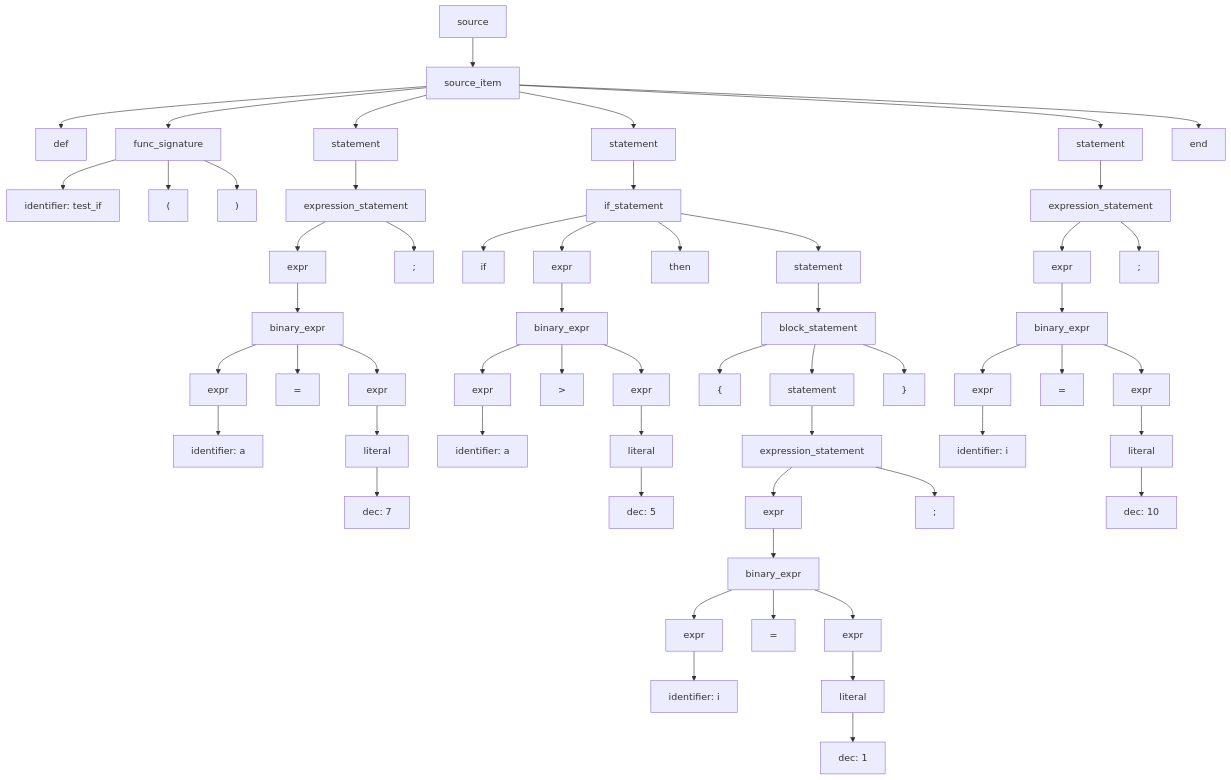
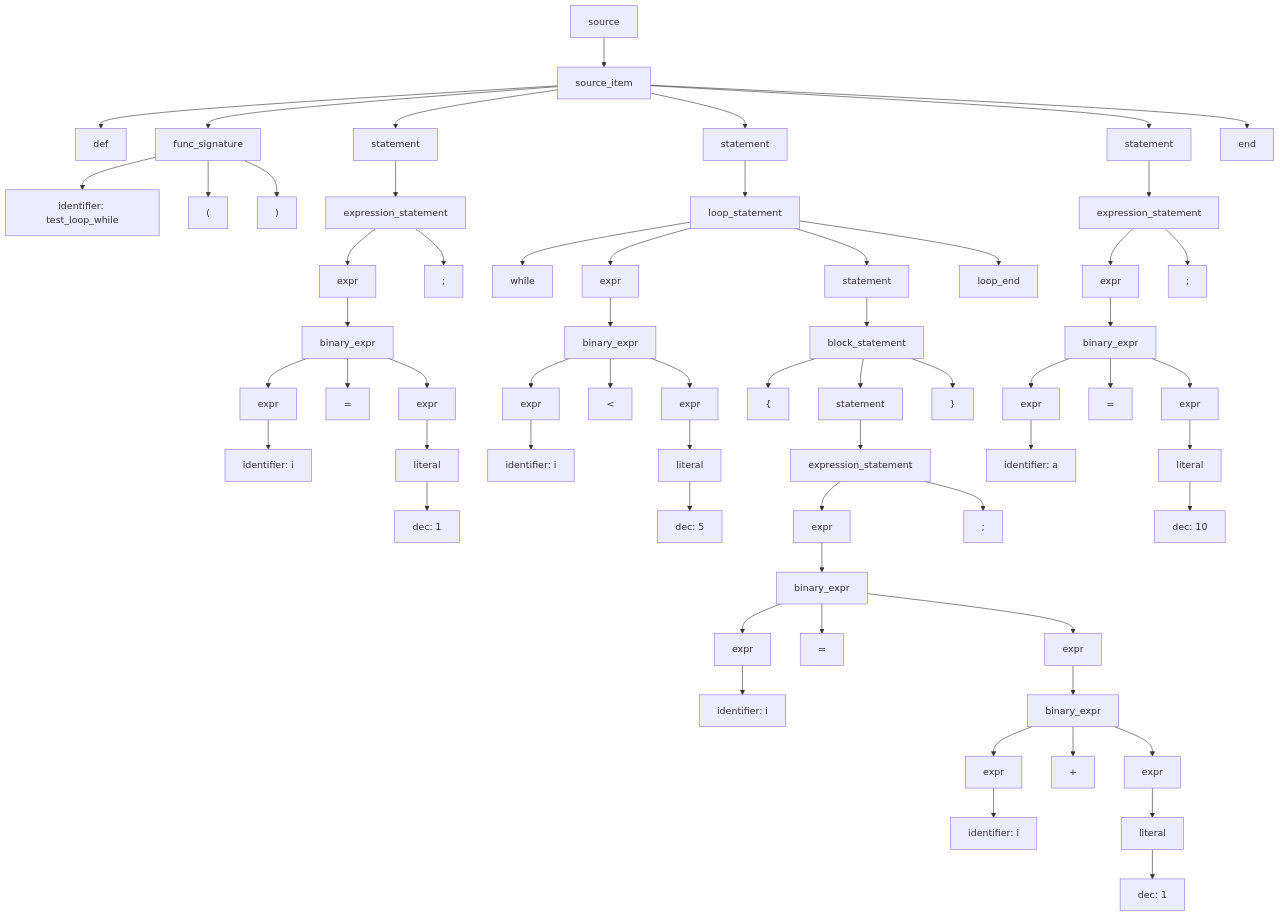
One commit to ErnandesDaniel/system-software-lab-2 changed the diagram in ast.mmd. Above: the diagram before and after it, drawn with Mermaid. The commit also changed 6 other files, not shown here.

```diff
--- a/ast.mmd
+++ b/ast.mmd
@@ -1,114 +1,124 @@
 graph TD;
 N0["source"]
 N1["source_item"]
 N0 --> N1
 N2["def"]
 N1 --> N2
 N3["func_signature"]
 N1 --> N3
-N4["identifier: test_if"]
+N4["identifier: test_loop_while"]
 N3 --> N4
 N5["("]
 N3 --> N5
 N6[")"]
 N3 --> N6
 N7["statement"]
 N1 --> N7
 N8["expression_statement"]
 N7 --> N8
 N9["expr"]
 N8 --> N9
 N10["binary_expr"]
 N9 --> N10
 N11["expr"]
 N10 --> N11
-N12["identifier: a"]
+N12["identifier: i"]
 N11 --> N12
 N13["="]
 N10 --> N13
 N14["expr"]
 N10 --> N14
 N15["literal"]
 N14 --> N15
-N16["dec: 7"]
+N16["dec: 1"]
 N15 --> N16
 N17[";"]
 N8 --> N17
 N18["statement"]
 N1 --> N18
-N19["if_statement"]
+N19["loop_statement"]
 N18 --> N19
-N20["if"]
+N20["while"]
 N19 --> N20
 N21["expr"]
 N19 --> N21
 N22["binary_expr"]
 N21 --> N22
 N23["expr"]
 N22 --> N23
-N24["identifier: a"]
+N24["identifier: i"]
 N23 --> N24
-N25[">"]
+N25["<"]
 N22 --> N25
 N26["expr"]
 N22 --> N26
 N27["literal"]
 N26 --> N27
 N28["dec: 5"]
 N27 --> N28
-N29["then"]
+N29["statement"]
 N19 --> N29
-N30["statement"]
-N19 --> N30
-N31["block_statement"]
+N30["block_statement"]
+N29 --> N30
+N31["{"]
 N30 --> N31
-N32["{"]
-N31 --> N32
-N33["statement"]
-N31 --> N33
-N34["expression_statement"]
+N32["statement"]
+N30 --> N32
+N33["expression_statement"]
+N32 --> N33
+N34["expr"]
 N33 --> N34
-N35["expr"]
+N35["binary_expr"]
 N34 --> N35
-N36["binary_expr"]
+N36["expr"]
 N35 --> N36
-N37["expr"]
+N37["identifier: i"]
 N36 --> N37
-N38["identifier: i"]
-N37 --> N38
-N39["="]
-N36 --> N39
-N40["expr"]
-N36 --> N40
-N41["literal"]
+N38["="]
+N35 --> N38
+N39["expr"]
+N35 --> N39
+N40["binary_expr"]
+N39 --> N40
+N41["expr"]
 N40 --> N41
-N42["dec: 1"]
+N42["identifier: i"]
 N41 --> N42
-N43[";"]
-N34 --> N43
-N44["}"]
-N31 --> N44
-N45["statement"]
-N1 --> N45
-N46["expression_statement"]
+N43["+"]
+N40 --> N43
+N44["expr"]
+N40 --> N44
+N45["literal"]
+N44 --> N45
+N46["dec: 1"]
 N45 --> N46
-N47["expr"]
-N46 --> N47
-N48["binary_expr"]
-N47 --> N48
-N49["expr"]
-N48 --> N49
-N50["identifier: i"]
-N49 --> N50
-N51["="]
-N48 --> N51
+N47[";"]
+N33 --> N47
+N48["}"]
+N30 --> N48
+N49["loop_end"]
+N19 --> N49
+N50["statement"]
+N1 --> N50
+N51["expression_statement"]
+N50 --> N51
 N52["expr"]
-N48 --> N52
-N53["literal"]
+N51 --> N52
+N53["binary_expr"]
 N52 --> N53
-N54["dec: 10"]
+N54["expr"]
 N53 --> N54
-N55[";"]
-N46 --> N55
-N56["end"]
-N1 --> N56
+N55["identifier: a"]
+N54 --> N55
+N56["="]
+N53 --> N56
+N57["expr"]
+N53 --> N57
+N58["literal"]
+N57 --> N58
+N59["dec: 10"]
+N58 --> N59
+N60[";"]
+N51 --> N60
+N61["end"]
+N1 --> N61
```
